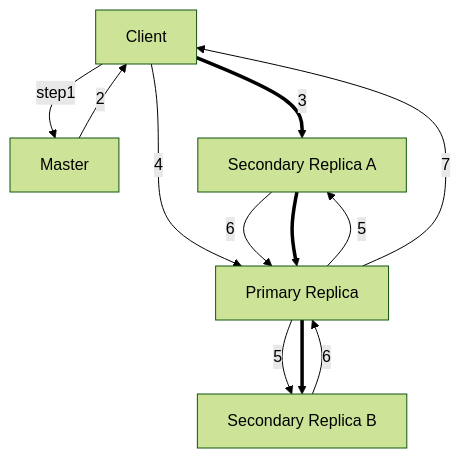
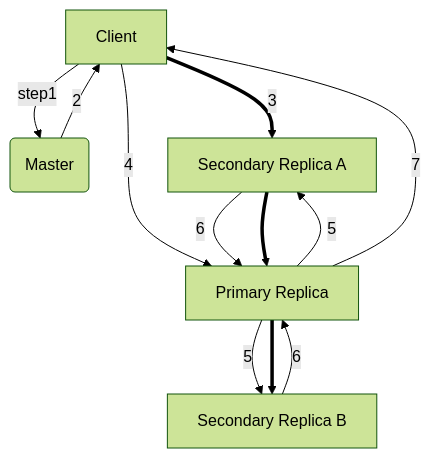
Before and after one commit to cs0/cs0.github.io: the diagram in _posts/system-design/mit-6-824/2022-07-07-gfs.md, drawn with Mermaid (forest theme). The commit also changed other lines of this file, not shown here.

````diff
--- a/_posts/system-design/mit-6-824/2022-07-07-gfs.md
+++ b/_posts/system-design/mit-6-824/2022-07-07-gfs.md
@@ -98,19 +98,19 @@
 ```mermaid
 graph TB;
     A[Client]
-    B[Master]
+    B(Master)
     C[Secondary Replica A]
     D[Primary Replica]
     E[Secondary Replica B]
     A -->|step1| B;
     B -->|2| A;
     A ==>|3| C;
     A -->|4| D;
     C -->|6| D;
     C ==> D
     D -->|5| C;
     D -->|5| E;
     D ==> E;
     E -->|6| D;
     D -->|7| A;
 ```
````
